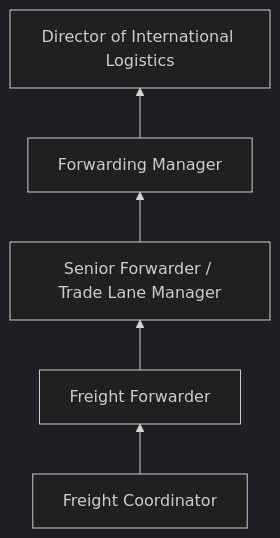
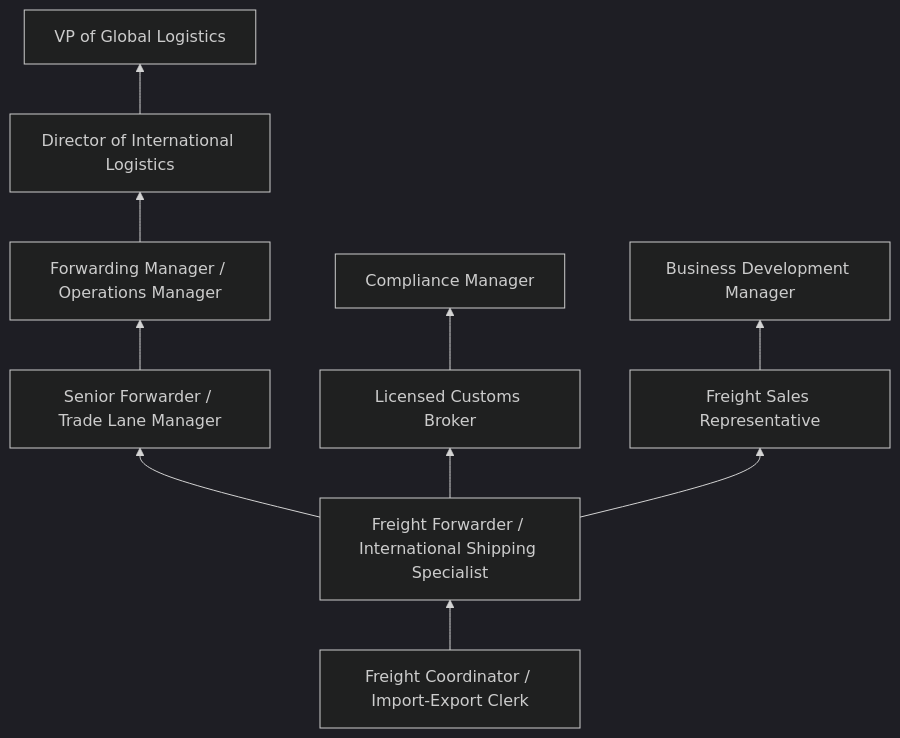
The third of 4 diagrams in occupations/Administrative/FreightForwarders.mdx (kziemski/business.org.ai), drawn with Mermaid (dark theme) before and after one commit. The commit also changed other lines of this file and 19 other files, not shown here.

````diff
--- a/occupations/Administrative/FreightForwarders.mdx
+++ b/occupations/Administrative/FreightForwarders.mdx
@@ -75,7 +136,14 @@
 ```mermaid
 graph BT
-    Entry["Freight Coordinator"] --> Mid["Freight Forwarder"]
+    Entry["Freight Coordinator / Import-Export Clerk"] --> Mid["Freight Forwarder / International Shipping Specialist"]
     Mid --> Senior["Senior Forwarder / Trade Lane Manager"]
-    Senior --> Manager["Forwarding Manager"]
+    Senior --> Manager["Forwarding Manager / Operations Manager"]
     Manager --> Director["Director of International Logistics"]
+    Director --> VP["VP of Global Logistics"]
+
+    Mid --> Broker["Licensed Customs Broker"]
+    Broker --> CompMgr["Compliance Manager"]
+
+    Mid --> Sales["Freight Sales Representative"]
+    Sales --> BD["Business Development Manager"]
 ```
````
